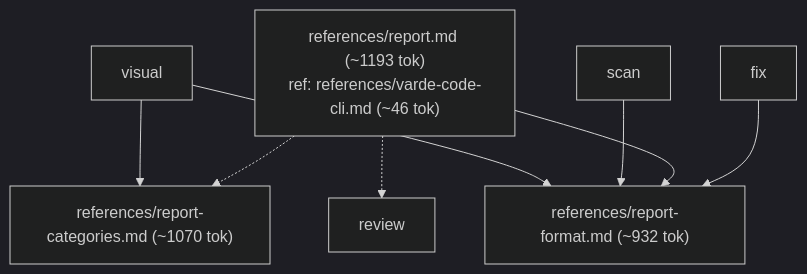
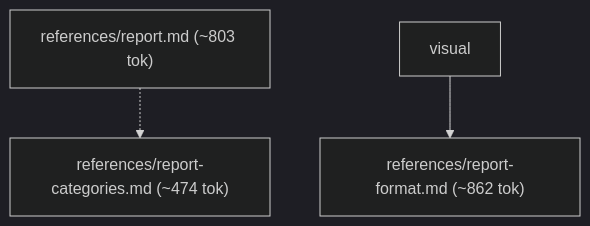
The third of 6 diagrams in skills/varde-review/FLOW.md (alecegg/varde), drawn with Mermaid (dark theme) before and after one commit. The commit also changed other lines of this file and 1293 other files, not shown here.

````diff
--- a/skills/varde-review/FLOW.md
+++ b/skills/varde-review/FLOW.md
@@ -63,17 +46,9 @@
 ```mermaid
 flowchart TD
-  n0["references/report-categories.md (~1070 tok)"]
-  n1["references/report-format.md (~932 tok)"]
-  n2["references/report.md (~1193 tok)<br/>ref: references/varde-code-cli.md (~46 tok)"]
-  n3["fix"]
-  n4["review"]
-  n5["scan"]
-  n6["visual"]
+  n0["references/report-categories.md (~474 tok)"]
+  n1["references/report-format.md (~862 tok)"]
+  n2["references/report.md (~803 tok)"]
+  n3["visual"]
+  n2 -.-> n0
   n3 --> n1
-  n2 -.-> n0
-  n2 --> n1
-  n2 -.-> n4
-  n5 --> n1
-  n6 --> n0
-  n6 --> n1
 ```
````
